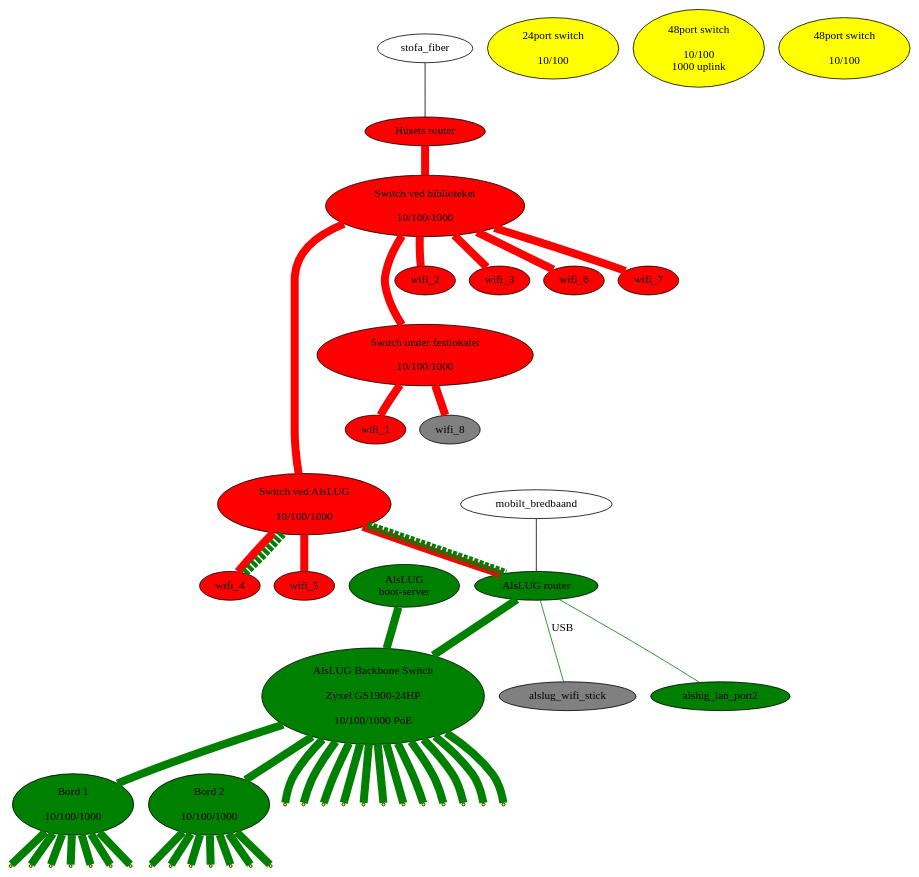
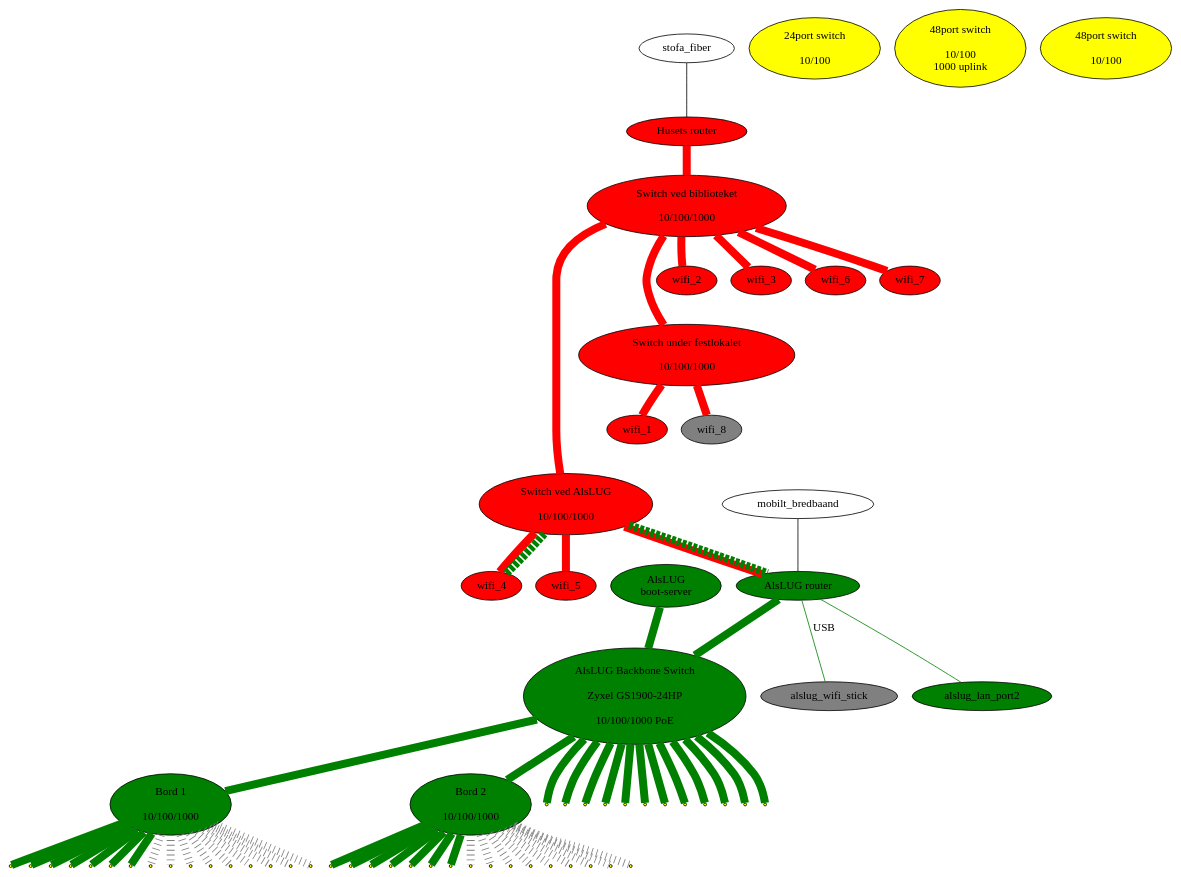
One commit to alslug/alslug.dk changed the diagram in projekter/network.dot. Above: the diagram before and after it, drawn with Graphviz.

```diff
--- a/projekter/network.dot
+++ b/projekter/network.dot
@@ -1,69 +1,77 @@
 digraph xxx {
 #  link_12a [ shape=point ];
 #  link_12b [ shape=point ];
 #  link_12c [ shape=point ];
   edge [ dir=none penwidth=10 ];
 
   node [ style=filled fillcolor=red ];
   husets_router [ label="Husets router" ];
   husets_switch_1 [ label="Switch ved biblioteket\n\n 10/100/1000" ];
   husets_switch_2 [ label="Switch ved AlsLUG\n\n 10/100/1000" ];
   festlokale_switch [ label="Switch under festlokalet\n\n 10/100/1000" ];
   wifi_1 wifi_2 wifi_3 wifi_4 wifi_5 wifi_6 wifi_7;
   wifi_8 [ fillcolor=gray ];
   
   node [ style=filled fillcolor=green ];
   alslug_router [ label="AlsLUG router" ];
   alslug_gl_bootserver [ label="AlsLUG\nboot-server" ];
   alslug_backbone_switch [ label="AlsLUG Backbone Switch\n\nZyxel GS1900-24HP\n\n10/100/1000 PoE"];
   bord_1 [ label="Bord 1\n\n10/100/1000"];
   bord_2 [ label="Bord 2\n\n10/100/1000"];
   alslug_wifi_stick alslug_lan_port2;
   
   // Udstyr som pt ikke bruges
   node [ style=filled fillcolor=yellow ];
   switch_24p      [ label="24port switch\n\n10/100"];
   switch_48p      [ label="48port switch\n\n10/100\n1000 uplink"];
   switch_48p_poe  [ label="48port switch\n\n10/100"];
   
   node [ style=normal ];
   // Internet forbindelser
   stofa_fiber      -> husets_router [ penwidth=1 fillcolor=black style=filled ];
   mobilt_bredbaand -> alslug_router [ penwidth=1 fillcolor=black style=filled ];
   
   // Husets forbindelser
   edge  [ color=red style=solid ];
   husets_router -> husets_switch_1 -> { wifi_2 wifi_3 wifi_6 wifi_7 };
   husets_switch_1 -> husets_switch_2 -> { wifi_4 wifi_5 alslug_router};
   husets_switch_1 -> festlokale_switch -> { wifi_1 wifi_8 };
 
   // VLAN forbindelser over bakkensbros netværk
   edge  [ color=green style=dashed ];
   husets_switch_2 -> { alslug_router wifi_4 };
 
   alslug_wifi_stick [ fillcolor=gray style=filled ];
 
   // Interne forbindelser
   edge [ color=green style=solid ];
   node [ shape=point ];
   {alslug_router alslug_gl_bootserver} -> alslug_backbone_switch -> { bord_1 bord_2 
                   vindue_left_12  vindue_left_11  vindue_left_10  vindue_left_9
                   vindue_center_8 vindue_center_7 vindue_center_6 vindue_center_5
                   vindue_right_4  vindue_right_3  vindue_right_2  vindue_right_1
                   }
  
   alslug_router -> alslug_wifi_stick [ penwidth=1 label="USB" ];
   alslug_router -> alslug_lan_port2 [ penwidth=1 ];
   
   bord_1 -> {
                   bord_1_1 bord_1_2 bord_1_3 bord_1_4
                   bord_1_5 bord_1_6 bord_1_7
                 };
+  bord_1 -> {
+                  bord_1_8 bord_1_9 bord_1_10 bord_1_11
+                  bord_1_12 bord_1_13 bord_1_14 bord_1_15 bord_1_16
+                } [ style=dotted color=gray ];
   bord_2 -> {
                   bord_2_1 bord_2_2 bord_2_3 bord_2_4
                   bord_2_5 bord_2_6 bord_2_7
                 };
+  bord_2 -> {
+                  bord_2_8 bord_2_9 bord_2_10 bord_2_11
+                  bord_2_12 bord_2_13 bord_2_14 bord_2_15 bord_2_16
+                } [ style=dotted color=gray ];
                 
   edge [ color=invis ];
   husets_switch_1 -> wifi_2 -> festlokale_switch -> wifi_1 -> husets_switch_2;
 }
```
